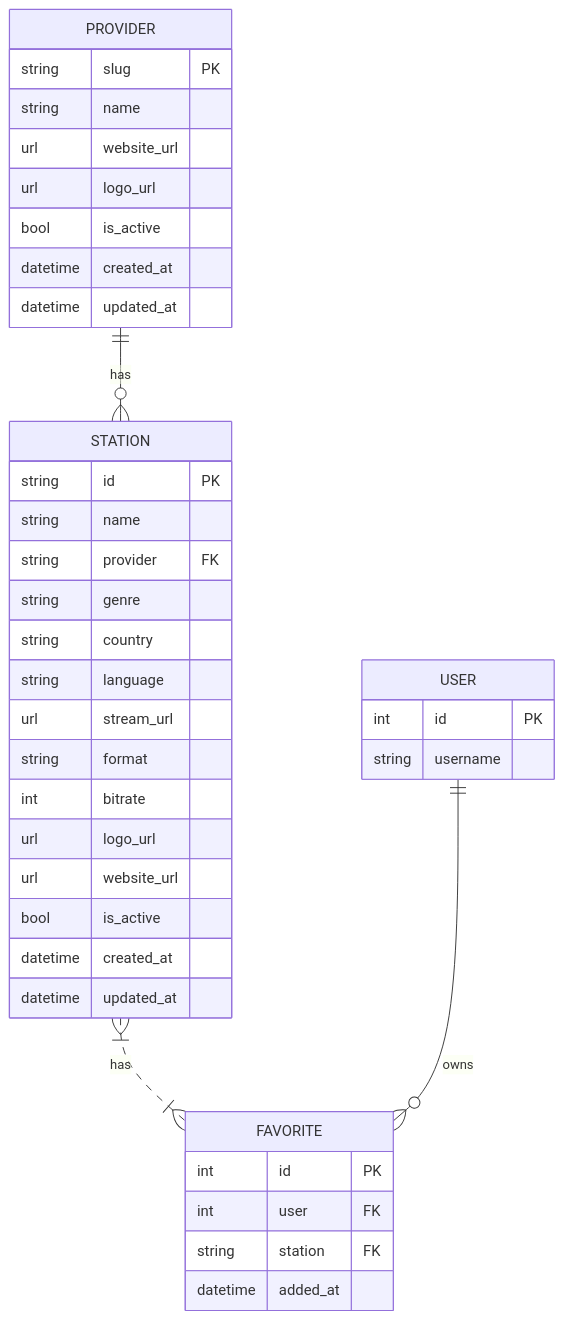
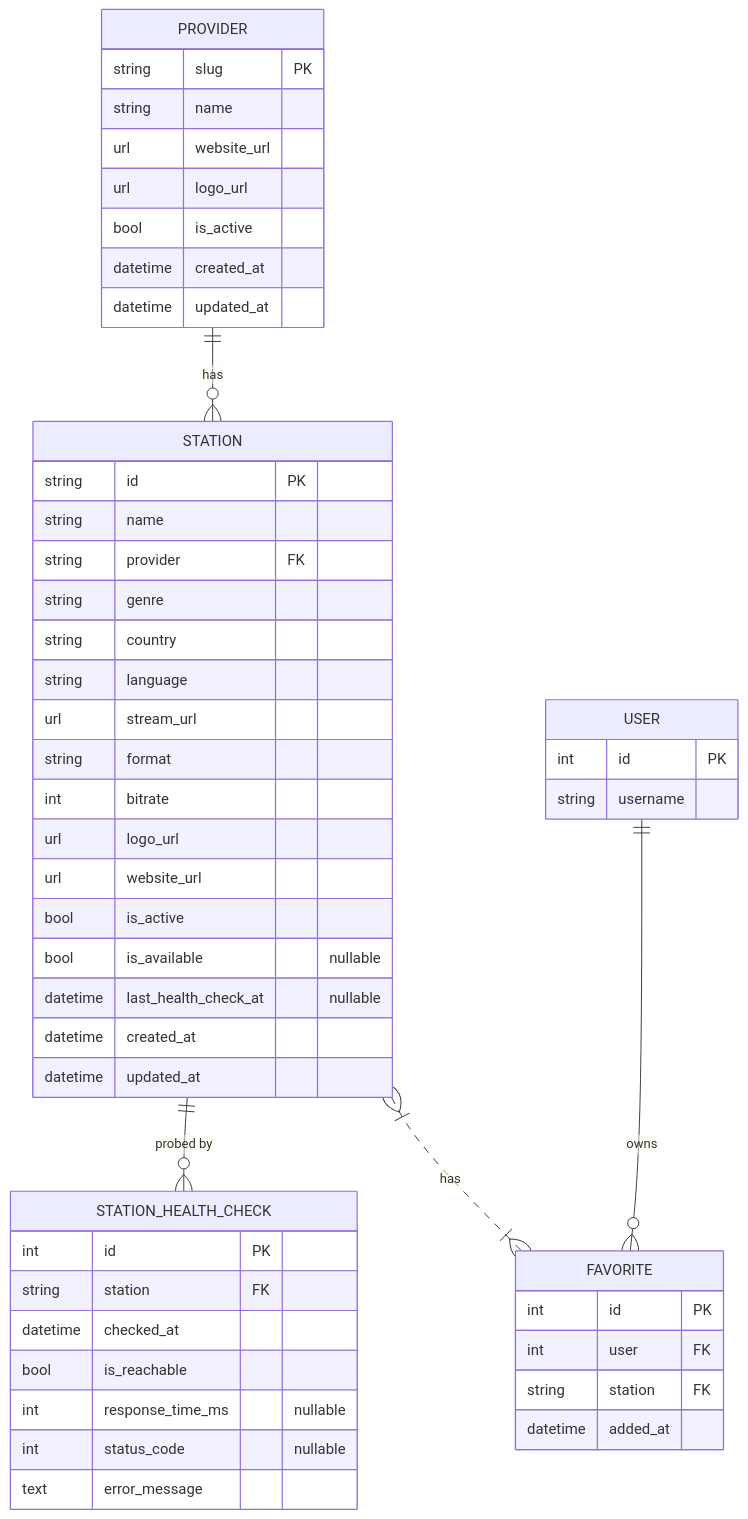
One commit to rahim8050/Farm-Intelligence-Platform changed the diagram in docs/architecture/radio/05_data_model.md. Above: the diagram before and after it, drawn with Mermaid. The commit also changed other lines of this file and 5 other files, not shown here.

````diff
--- a/docs/architecture/radio/05_data_model.md
+++ b/docs/architecture/radio/05_data_model.md
@@ -198,46 +216,60 @@
 ```mermaid
 erDiagram
     PROVIDER {
         string slug PK
         string name
         url website_url
         url logo_url
         bool is_active
         datetime created_at
         datetime updated_at
     }
 
     STATION {
         string id PK
         string name
         string provider FK
         string genre
         string country
         string language
         url stream_url
         string format
         int bitrate
         url logo_url
         url website_url
         bool is_active
+        bool is_available "nullable"
+        datetime last_health_check_at "nullable"
         datetime created_at
         datetime updated_at
+    }
+
+    STATION ||--o{ STATION_HEALTH_CHECK : "probed by"
+
+    STATION_HEALTH_CHECK {
+        int id PK
+        string station FK
+        datetime checked_at
+        bool is_reachable
+        int response_time_ms "nullable"
+        int status_code "nullable"
+        text error_message
     }
 
     PROVIDER ||--o{ STATION : "has"
 
     STATION }|..|{ FAVORITE : "has"
     USER ||--o{ FAVORITE : "owns"
 
     FAVORITE {
         int id PK
         int user FK
         string station FK
         datetime added_at
     }
 
     USER {
         int id PK
         string username
     }
 ```
````
